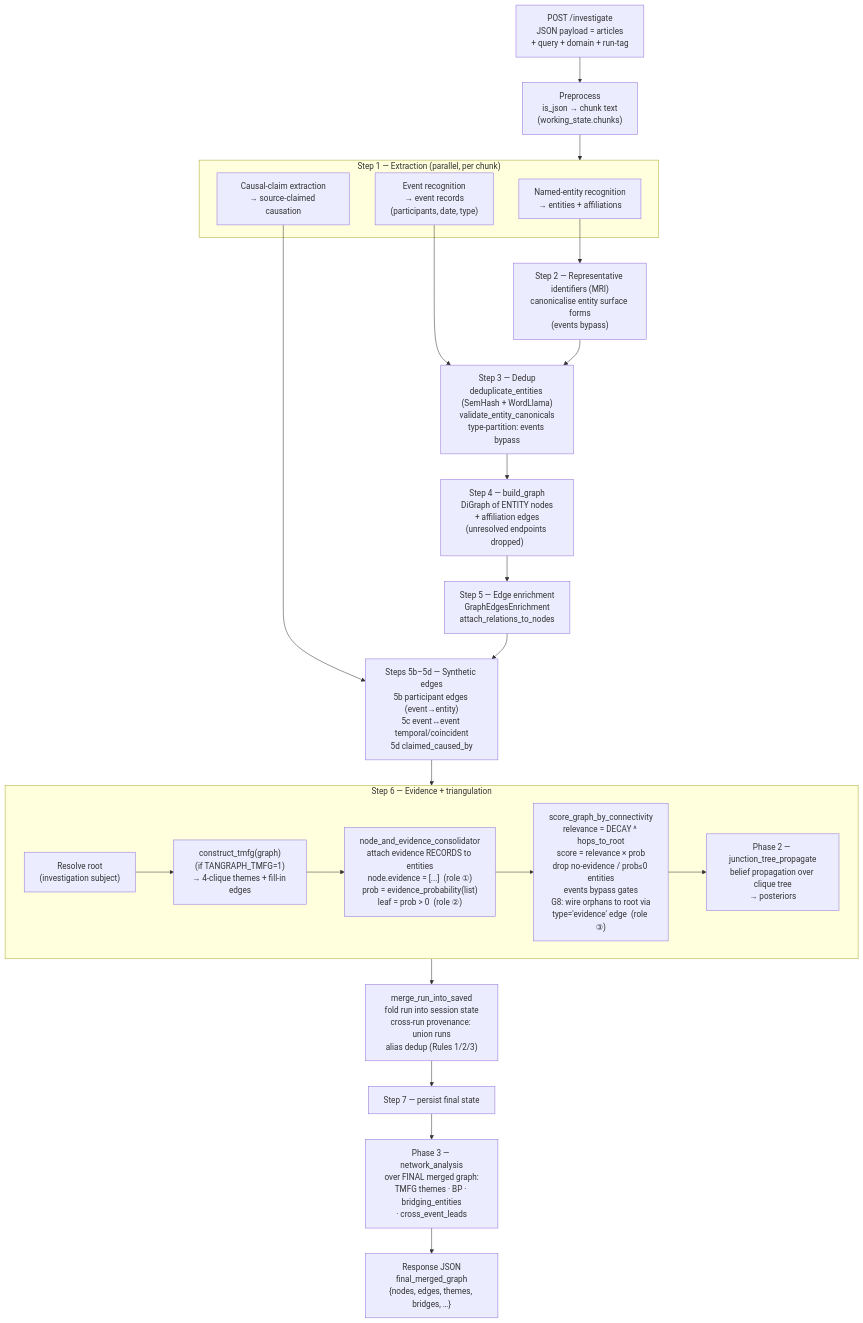
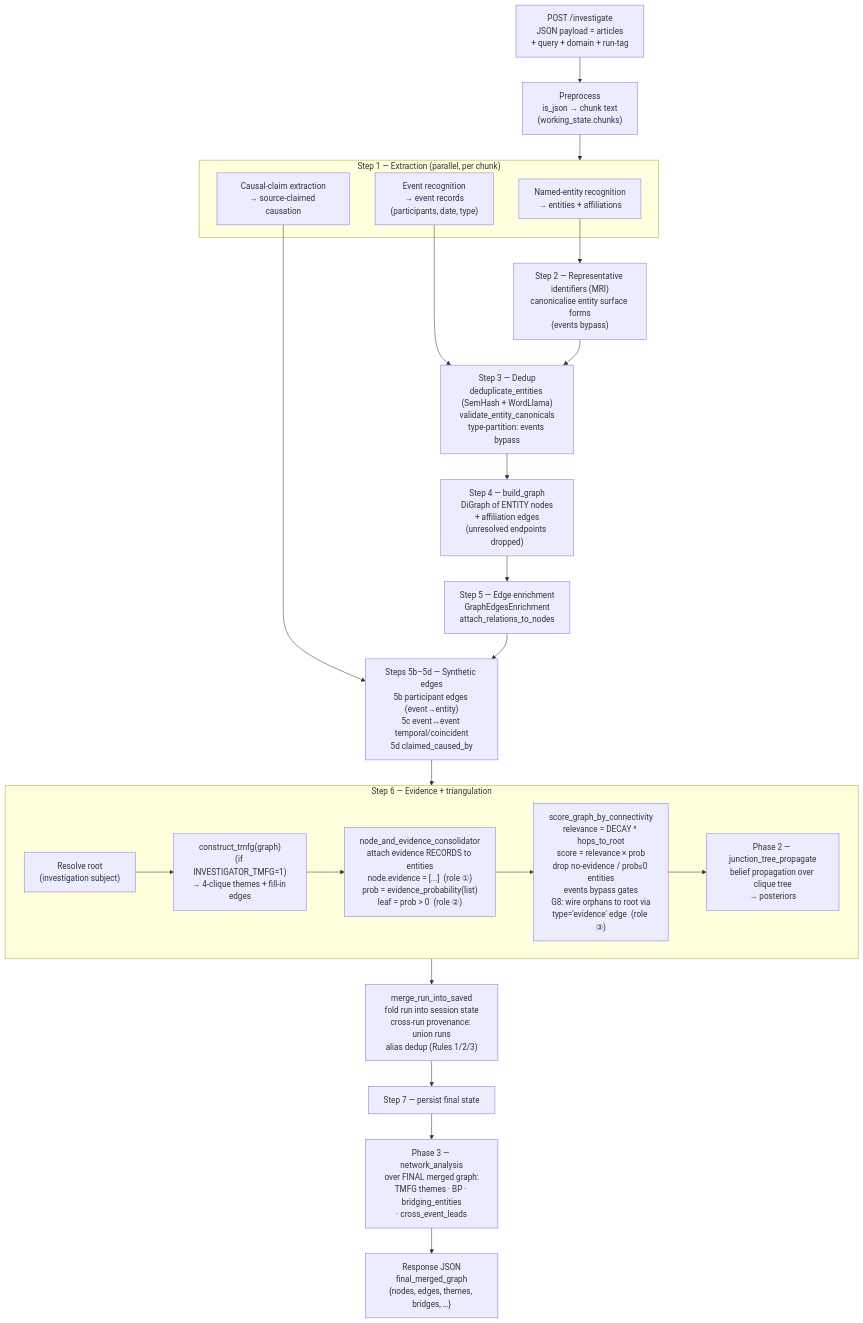
One commit to dsivov/investigator changed the diagram in FLOW.md. Above: the diagram before and after it, drawn with Mermaid. The commit also changed other lines of this file and 113 other files, not shown here.

First line of the commit message:
Make the engine self-contained + rebrand tangraph -> investigator

````diff
--- a/FLOW.md
+++ b/FLOW.md
@@ -15,46 +15,46 @@
 ```mermaid
 flowchart TD
     IN["POST /investigate<br/>JSON payload = articles<br/>+ query + domain + run-tag"]
 
     PRE["Preprocess<br/>is_json → chunk text<br/>(working_state.chunks)"]
 
     subgraph EXTRACT["Step 1 — Extraction (parallel, per chunk)"]
       NER["Named-entity recognition<br/>→ entities + affiliations"]
       EVR["Event recognition<br/>→ event records<br/>(participants, date, type)"]
       CAU["Causal-claim extraction<br/>→ source-claimed causation"]
     end
 
     REP["Step 2 — Representative identifiers (MRI)<br/>canonicalise entity surface forms<br/>(events bypass)"]
 
     DEDUP["Step 3 — Dedup<br/>deduplicate_entities (SemHash + WordLlama)<br/>validate_entity_canonicals<br/>type-partition: events bypass"]
 
     BUILD["Step 4 — build_graph<br/>DiGraph of ENTITY nodes<br/>+ affiliation edges<br/>(unresolved endpoints dropped)"]
 
     ENR["Step 5 — Edge enrichment<br/>GraphEdgesEnrichment<br/>attach_relations_to_nodes"]
 
     SYN["Steps 5b–5d — Synthetic edges<br/>5b participant edges (event→entity)<br/>5c event↔event temporal/coincident<br/>5d claimed_caused_by"]
 
     subgraph SCORE["Step 6 — Evidence + triangulation"]
       ROOT["Resolve root<br/>(investigation subject)"]
-      TMFG["construct_tmfg(graph)<br/>(if TANGRAPH_TMFG=1)<br/>→ 4-clique themes + fill-in edges"]
+      TMFG["construct_tmfg(graph)<br/>(if INVESTIGATOR_TMFG=1)<br/>→ 4-clique themes + fill-in edges"]
       CONS["node_and_evidence_consolidator<br/>attach evidence RECORDS to entities<br/>node.evidence = [...]  (role ①)<br/>prob = evidence_probability(list)<br/>leaf = prob &gt; 0  (role ②)"]
       GATE["score_graph_by_connectivity<br/>relevance = DECAY ^ hops_to_root<br/>score = relevance × prob<br/>drop no-evidence / prob≤0 entities<br/>events bypass gates<br/>G8: wire orphans to root via<br/>type='evidence' edge  (role ③)"]
       BP["Phase 2 — junction_tree_propagate<br/>belief propagation over clique tree<br/>→ posteriors"]
     end
 
     MERGE["merge_run_into_saved<br/>fold run into session state<br/>cross-run provenance: union runs<br/>alias dedup (Rules 1/2/3)"]
 
     PERSIST["Step 7 — persist final state"]
 
     P3["Phase 3 — network_analysis<br/>over FINAL merged graph:<br/>TMFG themes · BP · bridging_entities<br/>· cross_event_leads"]
 
     OUT["Response JSON<br/>final_merged_graph<br/>{nodes, edges, themes, bridges, …}"]
 
     IN --> PRE --> EXTRACT
     NER --> REP
     EVR --> DEDUP
     CAU --> SYN
     REP --> DEDUP --> BUILD --> ENR --> SYN --> SCORE
     ROOT --> TMFG --> CONS --> GATE --> BP
     SCORE --> MERGE --> PERSIST --> P3 --> OUT
 ```
````
